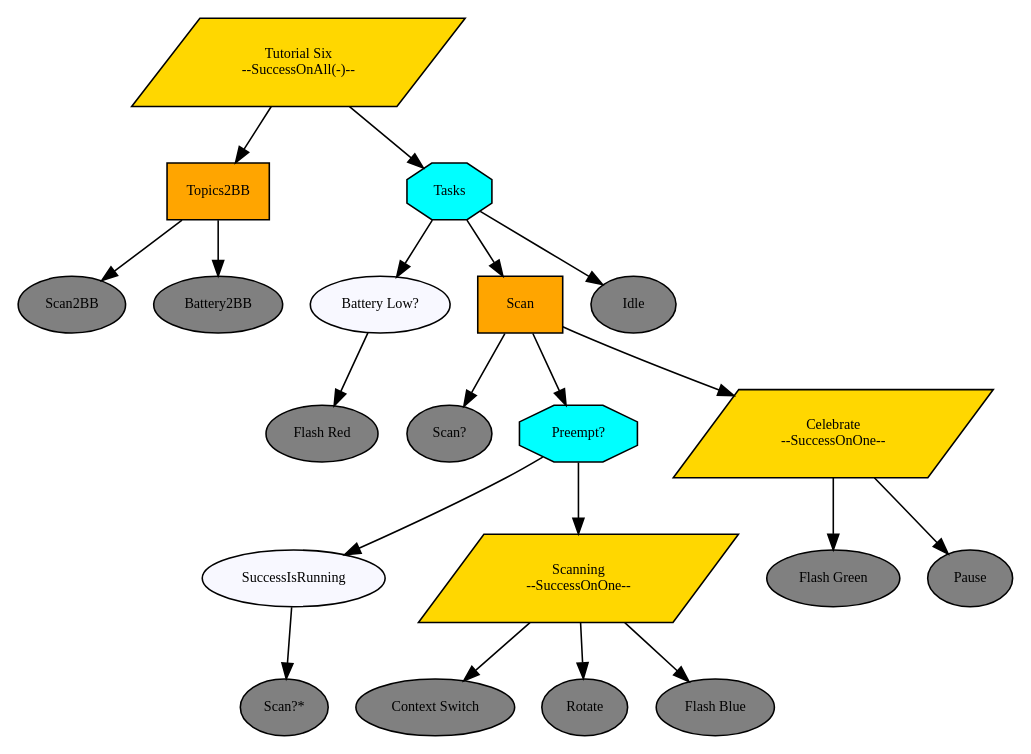
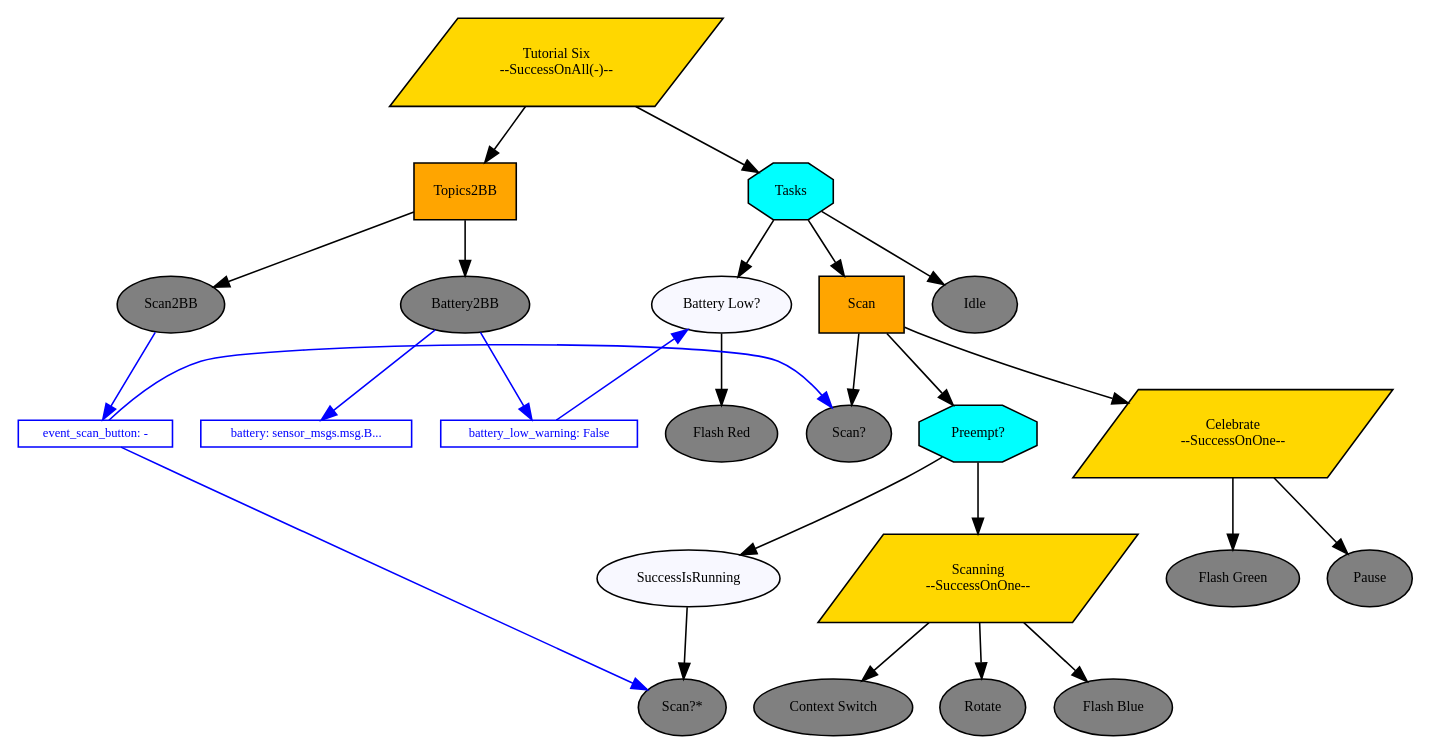
The diagram in doc/dot/tutorial-six-context-switching.dot (splintered-reality/py_trees_ros_tutorials), drawn with Graphviz before and after one commit. The commit also changed 13 other files, not shown here.

```diff
--- a/doc/dot/tutorial-six-context-switching.dot
+++ b/doc/dot/tutorial-six-context-switching.dot
@@ -1,44 +1,105 @@
 digraph pastafarianism {
 graph [fontname="times-roman"];
 node [fontname="times-roman"];
 edge [fontname="times-roman"];
 "Tutorial Six" [label="Tutorial Six\n--SuccessOnAll(-)--", shape=parallelogram, style=filled, fillcolor=gold, fontsize=9, fontcolor=black];
 Topics2BB [label=Topics2BB, shape=box, style=filled, fillcolor=orange, fontsize=9, fontcolor=black];
 "Tutorial Six" -> Topics2BB;
 Scan2BB [label=Scan2BB, shape=ellipse, style=filled, fillcolor=gray, fontsize=9, fontcolor=black];
 Topics2BB -> Scan2BB;
 Battery2BB [label=Battery2BB, shape=ellipse, style=filled, fillcolor=gray, fontsize=9, fontcolor=black];
 Topics2BB -> Battery2BB;
+subgraph  {
+label=children_of_Topics2BB;
+rank=same;
+Scan2BB [label=Scan2BB, shape=ellipse, style=filled, fillcolor=gray, fontsize=9, fontcolor=black];
+Battery2BB [label=Battery2BB, shape=ellipse, style=filled, fillcolor=gray, fontsize=9, fontcolor=black];
+}
+
 Tasks [label=Tasks, shape=octagon, style=filled, fillcolor=cyan, fontsize=9, fontcolor=black];
 "Tutorial Six" -> Tasks;
 "Battery Low?" [label="Battery Low?", shape=ellipse, style=filled, fillcolor=ghostwhite, fontsize=9, fontcolor=black];
 Tasks -> "Battery Low?";
 "Flash Red" [label="Flash Red", shape=ellipse, style=filled, fillcolor=gray, fontsize=9, fontcolor=black];
 "Battery Low?" -> "Flash Red";
 Scan [label=Scan, shape=box, style=filled, fillcolor=orange, fontsize=9, fontcolor=black];
 Tasks -> Scan;
 "Scan?" [label="Scan?", shape=ellipse, style=filled, fillcolor=gray, fontsize=9, fontcolor=black];
 Scan -> "Scan?";
 "Preempt?" [label="Preempt?", shape=octagon, style=filled, fillcolor=cyan, fontsize=9, fontcolor=black];
 Scan -> "Preempt?";
 SuccessIsRunning [label=SuccessIsRunning, shape=ellipse, style=filled, fillcolor=ghostwhite, fontsize=9, fontcolor=black];
 "Preempt?" -> SuccessIsRunning;
 "Scan?*" [label="Scan?*", shape=ellipse, style=filled, fillcolor=gray, fontsize=9, fontcolor=black];
 SuccessIsRunning -> "Scan?*";
 Scanning [label="Scanning\n--SuccessOnOne--", shape=parallelogram, style=filled, fillcolor=gold, fontsize=9, fontcolor=black];
 "Preempt?" -> Scanning;
 "Context Switch" [label="Context Switch", shape=ellipse, style=filled, fillcolor=gray, fontsize=9, fontcolor=black];
 Scanning -> "Context Switch";
 Rotate [label=Rotate, shape=ellipse, style=filled, fillcolor=gray, fontsize=9, fontcolor=black];
 Scanning -> Rotate;
 "Flash Blue" [label="Flash Blue", shape=ellipse, style=filled, fillcolor=gray, fontsize=9, fontcolor=black];
 Scanning -> "Flash Blue";
+subgraph  {
+label=children_of_Scanning;
+rank=same;
+"Context Switch" [label="Context Switch", shape=ellipse, style=filled, fillcolor=gray, fontsize=9, fontcolor=black];
+Rotate [label=Rotate, shape=ellipse, style=filled, fillcolor=gray, fontsize=9, fontcolor=black];
+"Flash Blue" [label="Flash Blue", shape=ellipse, style=filled, fillcolor=gray, fontsize=9, fontcolor=black];
+}
+
+subgraph  {
+label="children_of_Preempt?";
+rank=same;
+SuccessIsRunning [label=SuccessIsRunning, shape=ellipse, style=filled, fillcolor=ghostwhite, fontsize=9, fontcolor=black];
+Scanning [label="Scanning\n--SuccessOnOne--", shape=parallelogram, style=filled, fillcolor=gold, fontsize=9, fontcolor=black];
+}
+
 Celebrate [label="Celebrate\n--SuccessOnOne--", shape=parallelogram, style=filled, fillcolor=gold, fontsize=9, fontcolor=black];
 Scan -> Celebrate;
 "Flash Green" [label="Flash Green", shape=ellipse, style=filled, fillcolor=gray, fontsize=9, fontcolor=black];
 Celebrate -> "Flash Green";
 Pause [label=Pause, shape=ellipse, style=filled, fillcolor=gray, fontsize=9, fontcolor=black];
 Celebrate -> Pause;
+subgraph  {
+label=children_of_Celebrate;
+rank=same;
+"Flash Green" [label="Flash Green", shape=ellipse, style=filled, fillcolor=gray, fontsize=9, fontcolor=black];
+Pause [label=Pause, shape=ellipse, style=filled, fillcolor=gray, fontsize=9, fontcolor=black];
+}
+
+subgraph  {
+label=children_of_Scan;
+rank=same;
+"Scan?" [label="Scan?", shape=ellipse, style=filled, fillcolor=gray, fontsize=9, fontcolor=black];
+"Preempt?" [label="Preempt?", shape=octagon, style=filled, fillcolor=cyan, fontsize=9, fontcolor=black];
+Celebrate [label="Celebrate\n--SuccessOnOne--", shape=parallelogram, style=filled, fillcolor=gold, fontsize=9, fontcolor=black];
+}
+
 Idle [label=Idle, shape=ellipse, style=filled, fillcolor=gray, fontsize=9, fontcolor=black];
 Tasks -> Idle;
+subgraph  {
+label=children_of_Tasks;
+rank=same;
+"Battery Low?" [label="Battery Low?", shape=ellipse, style=filled, fillcolor=ghostwhite, fontsize=9, fontcolor=black];
+Scan [label=Scan, shape=box, style=filled, fillcolor=orange, fontsize=9, fontcolor=black];
+Idle [label=Idle, shape=ellipse, style=filled, fillcolor=gray, fontsize=9, fontcolor=black];
 }
+
+subgraph  {
+label="children_of_Tutorial Six";
+rank=same;
+Topics2BB [label=Topics2BB, shape=box, style=filled, fillcolor=orange, fontsize=9, fontcolor=black];
+Tasks [label=Tasks, shape=octagon, style=filled, fillcolor=cyan, fontsize=9, fontcolor=black];
+}
+
+event_scan_button [label="event_scan_button: -", shape=box, style=filled, color=blue, fillcolor=white, fontsize=8, fontcolor=blue, width=0, height=0, fixedsize=False];
+event_scan_button -> "Scan?"  [color=blue, constraint=False];
+event_scan_button -> "Scan?*"  [color=blue, constraint=False];
+Scan2BB -> event_scan_button  [color=blue, constraint=True];
+battery [label="battery: sensor_msgs.msg.B...", shape=box, style=filled, color=blue, fillcolor=white, fontsize=8, fontcolor=blue, width=0, height=0, fixedsize=False];
+Battery2BB -> battery  [color=blue, constraint=True];
+battery_low_warning [label="battery_low_warning: False", shape=box, style=filled, color=blue, fillcolor=white, fontsize=8, fontcolor=blue, width=0, height=0, fixedsize=False];
+battery_low_warning -> "Battery Low?"  [color=blue, constraint=False];
+Battery2BB -> battery_low_warning  [color=blue, constraint=True];
+}
```
